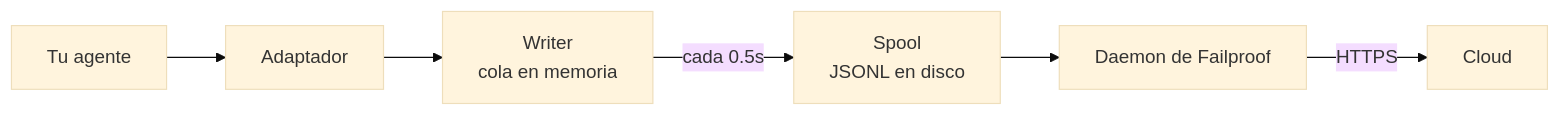
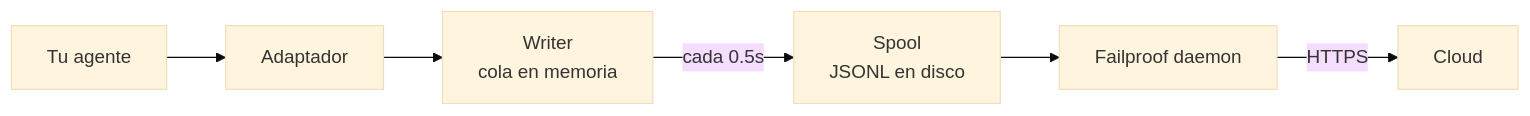
Before and after one commit to FailproofAI/failproofai: the second of 2 diagrams in docs/es/start/integrations/custom-agents.mdx, drawn with Mermaid (base theme). The commit also changed other lines of this file and 13 other files, not shown here.

````diff
--- a/docs/es/start/integrations/custom-agents.mdx
+++ b/docs/es/start/integrations/custom-agents.mdx
@@ -617,8 +617,8 @@
 ```mermaid
 flowchart LR
     A["Tu agente"] --> B["Adaptador"]
     B --> C["Writer<br/>cola en memoria"]
     C -->|"cada 0.5s"| D["Spool<br/>JSONL en disco"]
-    D --> E["Daemon de Failproof"]
+    D --> E["Failproof daemon"]
     E -->|"HTTPS"| F["Cloud"]
 ```
````
